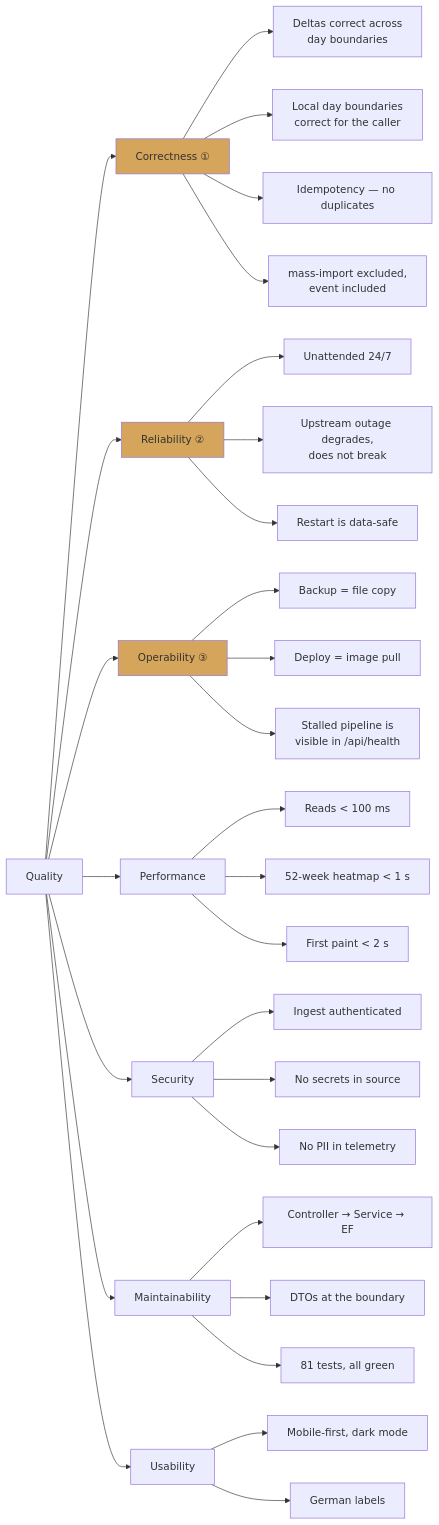
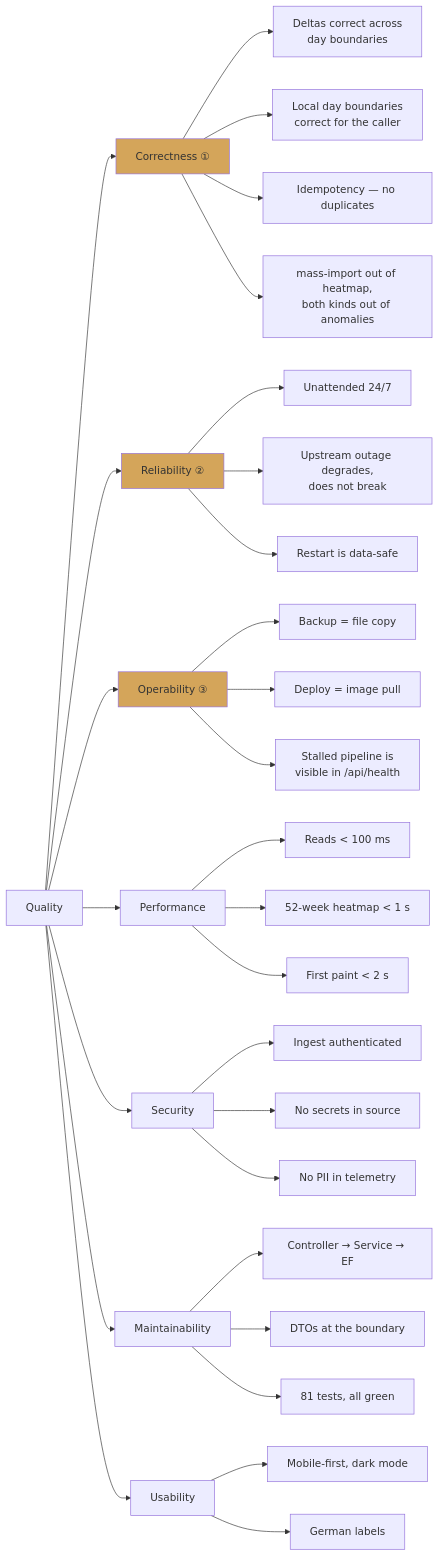
One commit to Gereon93/coffee changed the diagram in doc/arc42/10-quality.md. Above: the diagram before and after it, drawn with Mermaid. The commit also changed other lines of this file and 6 other files, not shown here.

````diff
--- a/doc/arc42/10-quality.md
+++ b/doc/arc42/10-quality.md
@@ -5,44 +5,44 @@
 ```mermaid
 graph LR
     Q["Quality"]
 
     Q --> C["Correctness ①"]
     Q --> R["Reliability ②"]
     Q --> O["Operability ③"]
     Q --> P["Performance"]
     Q --> S["Security"]
     Q --> M["Maintainability"]
     Q --> U["Usability"]
 
     C --> C1["Deltas correct across<br/>day boundaries"]
     C --> C2["Local day boundaries<br/>correct for the caller"]
     C --> C3["Idempotency — no duplicates"]
-    C --> C4["mass-import excluded,<br/>event included"]
+    C --> C4["mass-import out of heatmap,<br/>both kinds out of anomalies"]
 
     R --> R1["Unattended 24/7"]
     R --> R2["Upstream outage degrades,<br/>does not break"]
     R --> R3["Restart is data-safe"]
 
     O --> O1["Backup = file copy"]
     O --> O2["Deploy = image pull"]
     O --> O3["Stalled pipeline is<br/>visible in /api/health"]
 
     P --> P1["Reads < 100 ms"]
     P --> P2["52-week heatmap < 1 s"]
     P --> P3["First paint < 2 s"]
 
     S --> S1["Ingest authenticated"]
     S --> S2["No secrets in source"]
     S --> S3["No PII in telemetry"]
 
     M --> M1["Controller → Service → EF"]
     M --> M2["DTOs at the boundary"]
     M --> M3["81 tests, all green"]
 
     U --> U1["Mobile-first, dark mode"]
     U --> U2["German labels"]
 
     style C fill:#d4a55a
     style R fill:#d4a55a
     style O fill:#d4a55a
 ```
````
